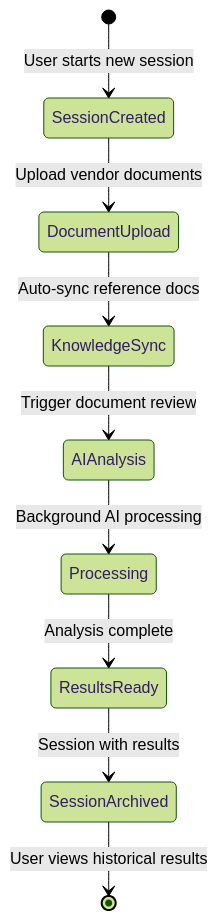
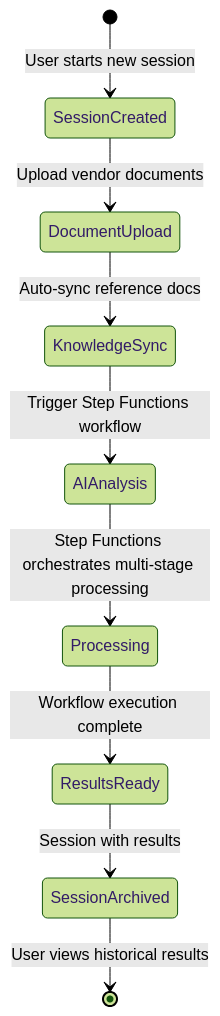
The second of 2 diagrams in docs/ARCHITECTURE.md (The-Burnes-Center/one-L), drawn with Mermaid (forest theme) before and after one commit. The commit also changed other lines of this file and 4 other files, not shown here.

````diff
--- a/docs/ARCHITECTURE.md
+++ b/docs/ARCHITECTURE.md
@@ -310,11 +421,11 @@
 ```mermaid
 stateDiagram-v2
     [*] --> SessionCreated: User starts new session
     SessionCreated --> DocumentUpload: Upload vendor documents
     DocumentUpload --> KnowledgeSync: Auto-sync reference docs
-    KnowledgeSync --> AIAnalysis: Trigger document review
-    AIAnalysis --> Processing: Background AI processing
-    Processing --> ResultsReady: Analysis complete
+    KnowledgeSync --> AIAnalysis: Trigger Step Functions workflow
+    AIAnalysis --> Processing: Step Functions orchestrates multi-stage processing
+    Processing --> ResultsReady: Workflow execution complete
     ResultsReady --> SessionArchived: Session with results
     SessionArchived --> [*]: User views historical results
 ```
````
